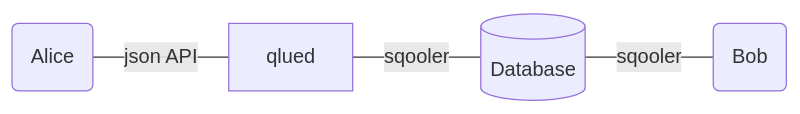
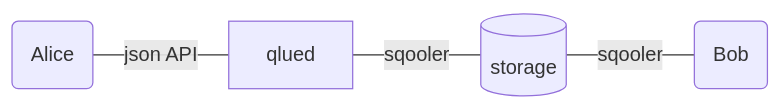
One commit to Alqor-UG/sqooler changed the second of 2 diagrams in docs/description.md. Above: the diagram before and after it, drawn with Mermaid. The commit also changed other lines of this file and 1 other file, not shown here.

````diff
--- a/docs/description.md
+++ b/docs/description.md
@@ -49,6 +49,6 @@
 ``` mermaid
 flowchart LR
     id1(Alice) -- json API --- id2[qlued]
-    id2[qlued] -- sqooler --- id3[(Database)]
-    id3[(Database)] -- sqooler --- id4(Bob)
+    id2[qlued] -- sqooler --- id3[(storage)]
+    id3[(storage)] -- sqooler --- id4(Bob)
 ```
````
